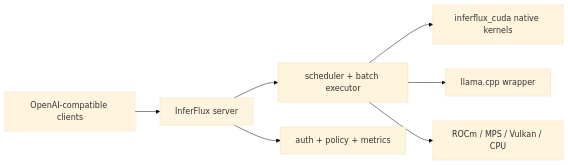
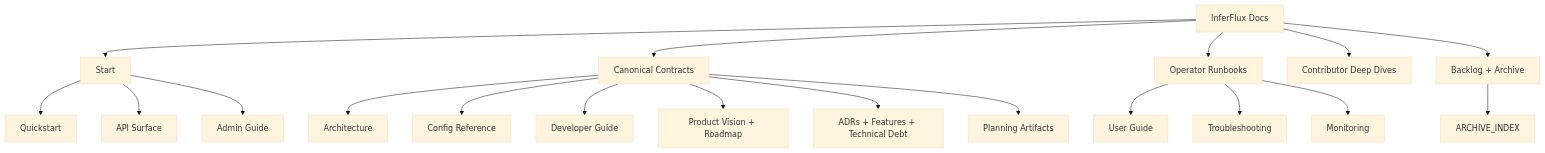
Before and after one commit to anvai-labs/inferflux: the diagram in docs/index.md, drawn with Mermaid (base theme). The commit also changed other lines of this file and 3 other files, not shown here.

````diff
--- a/docs/index.md
+++ b/docs/index.md
@@ -13,9 +5,25 @@
 ```mermaid
-flowchart LR
-    A[OpenAI-compatible clients] --> B[InferFlux server]
-    B --> C[scheduler + batch executor]
-    C --> D[inferflux_cuda native kernels]
-    C --> E[llama.cpp wrapper]
-    C --> F["ROCm / MPS / Vulkan / CPU"]
-    B --> G[auth + policy + metrics]
+graph TD
+    A[InferFlux Docs] --> B[Start]
+    A --> C[Canonical Contracts]
+    A --> D[Operator Runbooks]
+    A --> E[Contributor Deep Dives]
+    A --> F[Backlog + Archive]
+
+    B --> B1[Quickstart]
+    B --> B2[API Surface]
+    B --> B3[Admin Guide]
+
+    C --> C1[Architecture]
+    C --> C2[Config Reference]
+    C --> C3[Developer Guide]
+    C --> C4[Product Vision + Roadmap]
+    C --> C6[ADRs + Features + Technical Debt]
+    C --> C5[Planning Artifacts]
+
+    D --> D1[User Guide]
+    D --> D2[Troubleshooting]
+    D --> D3[Monitoring]
+
+    F --> F2[ARCHIVE_INDEX]
 ```
````
